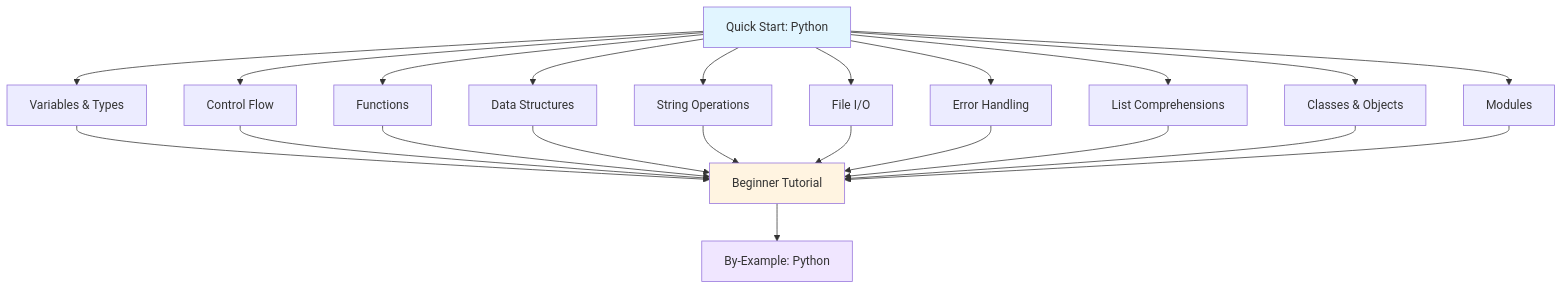
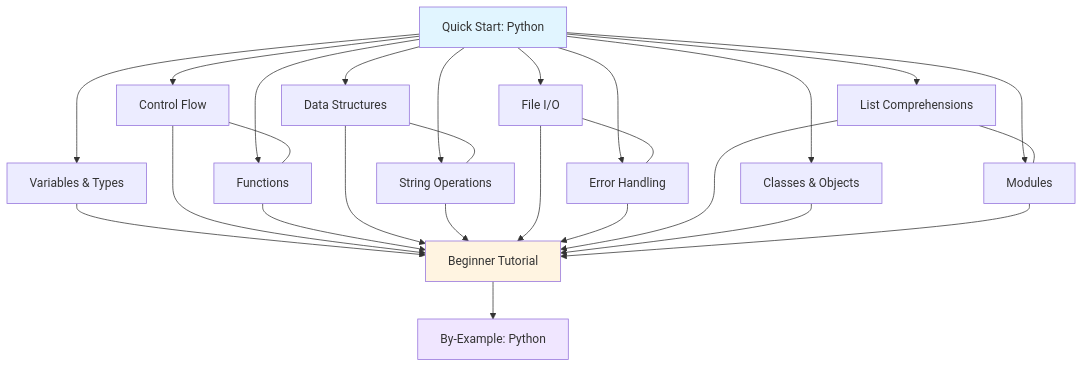
The diagram in apps/ayokoding-www/content/en/learn/software-engineering/programming-languages/python/quick-start.md (wahidyankf/baseerah), drawn with Mermaid before and after one commit. The commit also changed 88 other files, not shown here.

First line of the commit message:
fix(ayokoding-www): resolve pre-existing Mermaid violations, exclude fixtures/plans-done

````diff
--- a/apps/ayokoding-www/content/en/learn/software-engineering/programming-languages/python/quick-start.md
+++ b/apps/ayokoding-www/content/en/learn/software-engineering/programming-languages/python/quick-start.md
@@ -38,30 +38,35 @@
 ```mermaid
 graph TD
     A[Quick Start: Python] --> B[Variables & Types]
     A --> C[Control Flow]
     A --> D[Functions]
     A --> E[Data Structures]
     A --> F[String Operations]
     A --> G[File I/O]
     A --> H[Error Handling]
     A --> I[List Comprehensions]
     A --> J[Classes & Objects]
     A --> K[Modules]
+
+    C --- D
+    E --- F
+    G --- H
+    I --- K
 
     B --> L[Beginner Tutorial]
     C --> L
     D --> L
     E --> L
     F --> L
     G --> L
     H --> L
     I --> L
     J --> L
     K --> L
 
     L --> M[By-Example: Python]
 
     style A fill:#e1f5ff
     style L fill:#fff4e1
     style M fill:#f0e6ff
 ```
````
